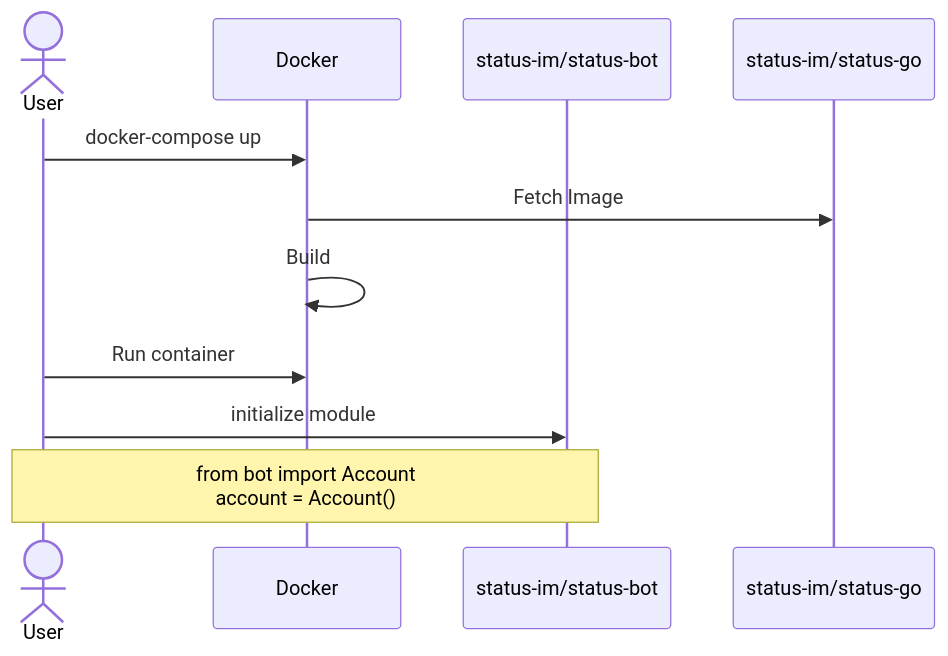
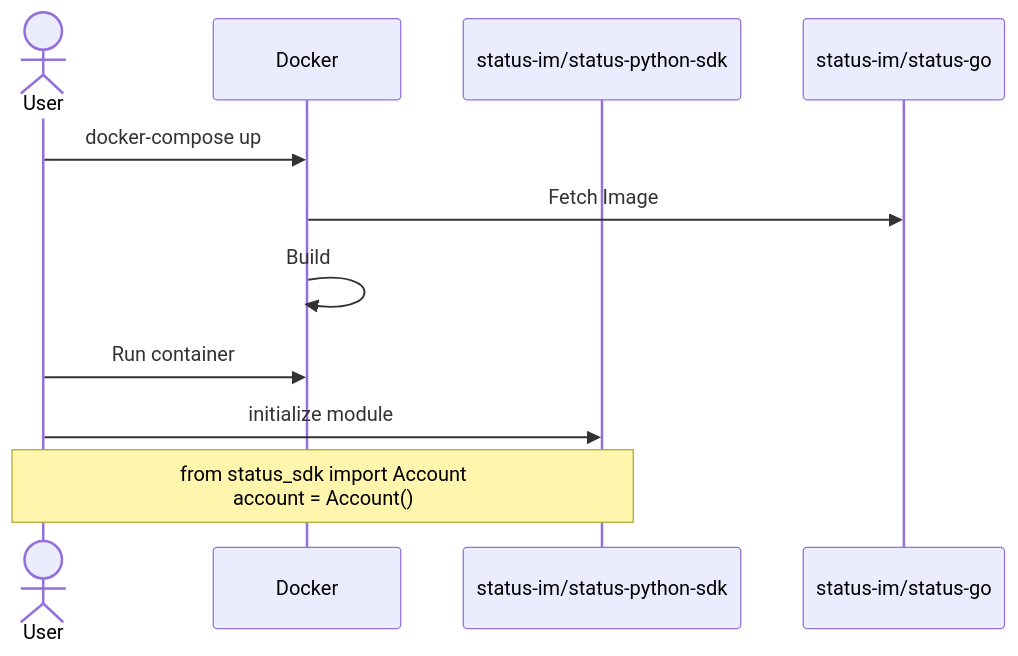
One commit to status-im/status-python-sdk changed the second of 2 diagrams in README.md. Above: the diagram before and after it, drawn with Mermaid. The commit also changed other lines of this file and 19 other files, not shown here.

````diff
--- a/README.md
+++ b/README.md
@@ -55,14 +55,14 @@
 ```mermaid
 sequenceDiagram
     actor User
     participant Docker
-    participant Python@{"alias": "status-im/status-bot"}
+    participant Python@{"alias": "status-im/status-python-sdk"}
     participant Github@{"alias": "status-im/status-go" }
     
     User ->> Docker: docker-compose up
     Docker ->> Github: Fetch Image
     Docker ->> Docker: Build
     User ->> Docker: Run container
     User ->> Python: initialize module
-    Note over User,Python: from bot import Account<br>account = Account()
+    Note over User,Python: from status_sdk import Account<br>account = Account()
 ```
````
